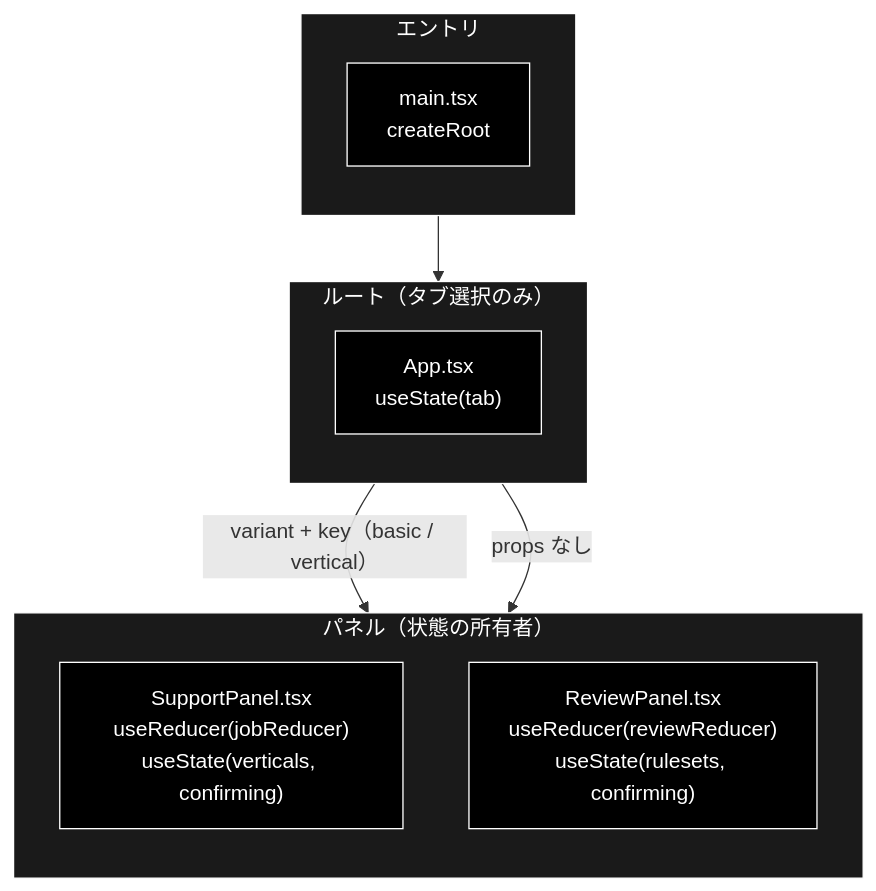
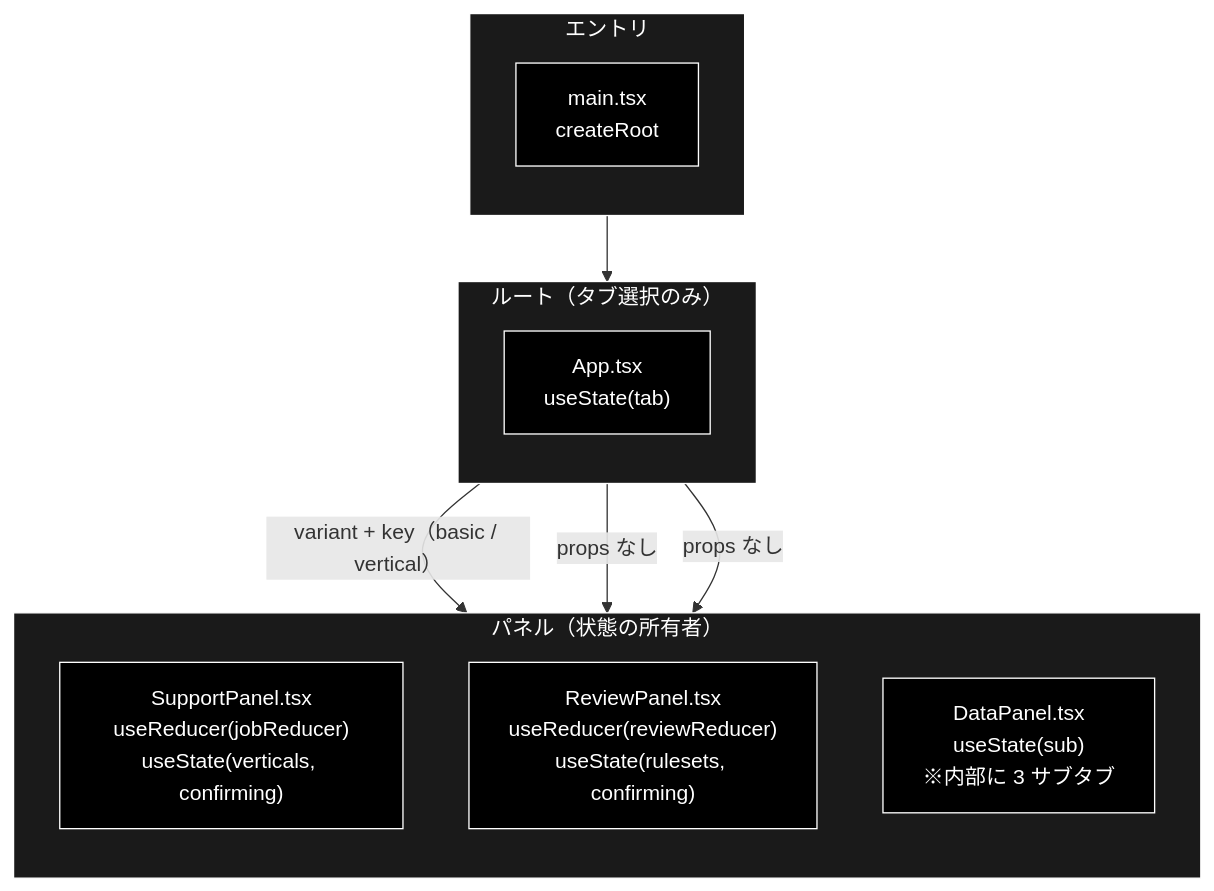
Before and after one commit to nakashima2toshio/grace_v2: the first of 3 diagrams in frontend/docs/App.md, drawn with Mermaid. The commit also changed other lines of this file and 5 other files, not shown here.

````diff
--- a/frontend/docs/App.md
+++ b/frontend/docs/App.md
@@ -66,26 +69,28 @@
 ```mermaid
 flowchart TB
     subgraph Entry["エントリ"]
         direction TB
         Main["main.tsx<br>createRoot"]
     end
     subgraph Root["ルート（タブ選択のみ）"]
         direction TB
         App["App.tsx<br>useState(tab)"]
     end
     subgraph Panels["パネル（状態の所有者）"]
         direction TB
         SP["SupportPanel.tsx<br>useReducer(jobReducer)<br>useState(verticals, confirming)"]
         RP["ReviewPanel.tsx<br>useReducer(reviewReducer)<br>useState(rulesets, confirming)"]
+        DP["DataPanel.tsx<br>useState(sub)<br>※内部に 3 サブタブ"]
     end
 
     Main --> App
     App -->|"variant + key（basic / vertical）"| SP
     App -->|"props なし"| RP
+    App -->|"props なし"| DP
 classDef default fill:#000,stroke:#fff,color:#fff
 classDef subgraphStyle fill:#1a1a1a,stroke:#fff,color:#fff
-class Main,App,SP,RP default
+class Main,App,SP,RP,DP default
 style Entry fill:#1a1a1a,stroke:#fff,color:#fff
 style Root fill:#1a1a1a,stroke:#fff,color:#fff
 style Panels fill:#1a1a1a,stroke:#fff,color:#fff
 ```
````
